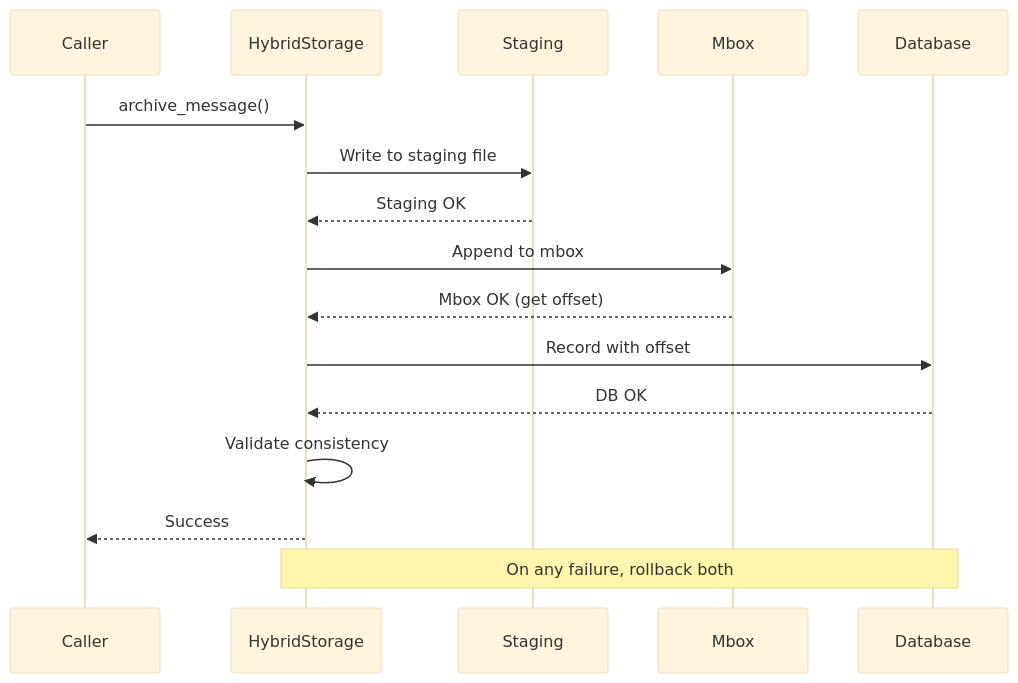
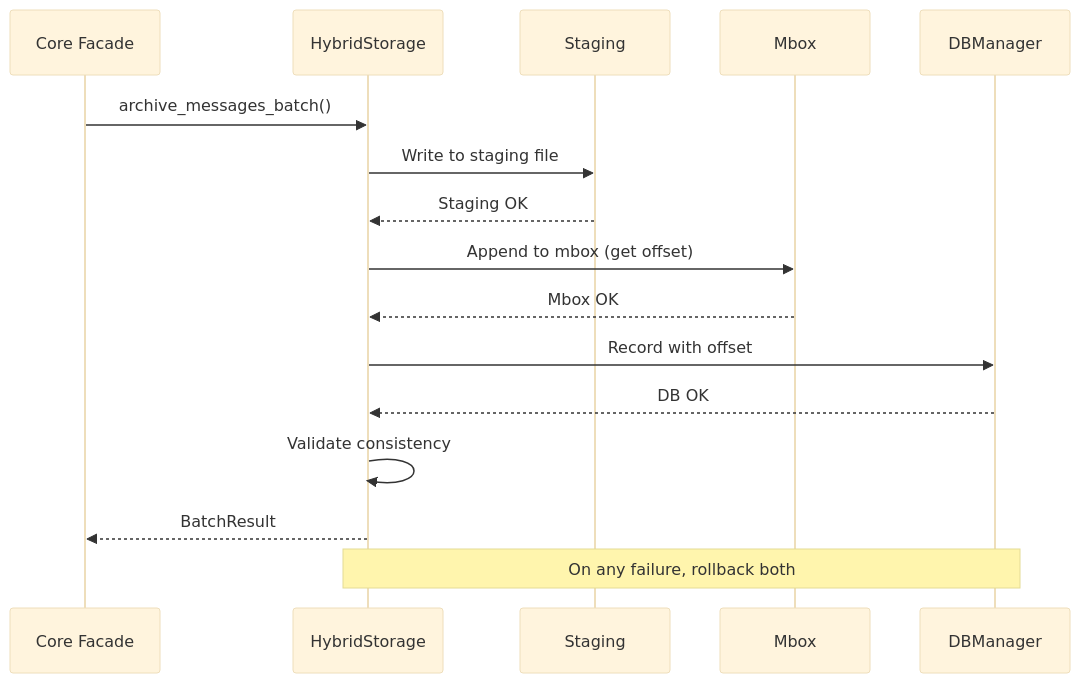
Before and after one commit to tumma72/GMailArchiver: the second of 7 diagrams in src/gmailarchiver/data/ARCHITECTURE.md, drawn with Mermaid (base theme). The commit also changed other lines of this file and 53 other files, not shown here.

First line of the commit message:
refactor: Major architecture cleanup - HybridStorage as single data gateway

````diff
--- a/src/gmailarchiver/data/ARCHITECTURE.md
+++ b/src/gmailarchiver/data/ARCHITECTURE.md
@@ -173,20 +209,20 @@
 ```mermaid
 sequenceDiagram
-    participant C as Caller
+    participant C as Core Facade
     participant HS as HybridStorage
     participant S as Staging
     participant M as Mbox
-    participant DB as Database
+    participant DB as DBManager
 
-    C->>HS: archive_message()
+    C->>HS: archive_messages_batch()
     HS->>S: Write to staging file
     S-->>HS: Staging OK
-    HS->>M: Append to mbox
-    M-->>HS: Mbox OK (get offset)
+    HS->>M: Append to mbox (get offset)
+    M-->>HS: Mbox OK
     HS->>DB: Record with offset
     DB-->>HS: DB OK
     HS->>HS: Validate consistency
-    HS-->>C: Success
+    HS-->>C: BatchResult
 
     Note over HS,DB: On any failure, rollback both
 ```
````
